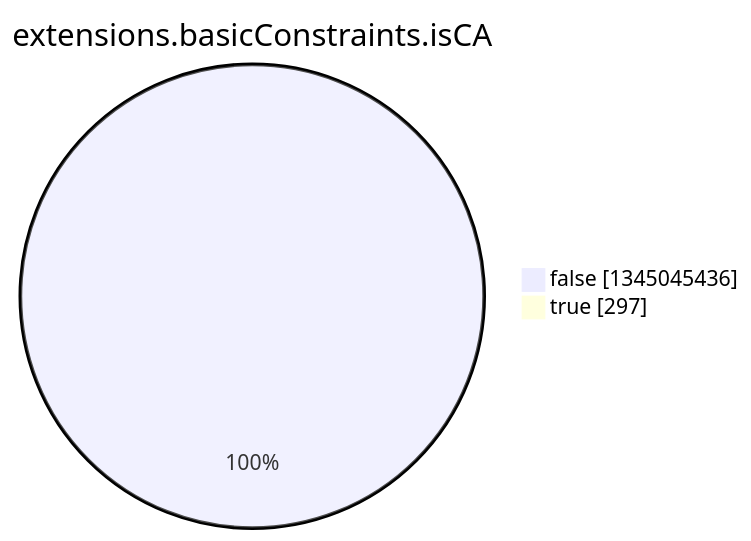
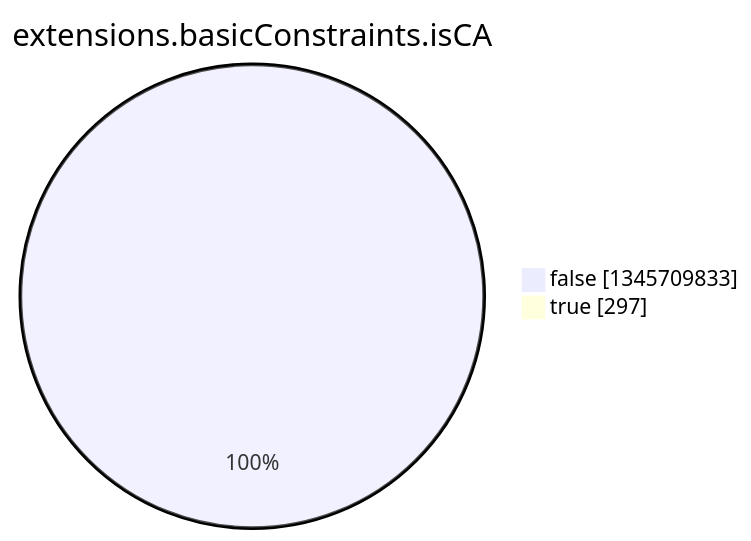
One commit to christiankrug/ctmonitor_visualization changed the eighth of 15 diagrams in argon2022/README.md. Above: the diagram before and after it, drawn with Mermaid. The commit also changed other lines of this file, not shown here.

````diff
--- a/argon2022/README.md
+++ b/argon2022/README.md
@@ -2758,6 +2758,6 @@
 ```mermaid
 pie showData
 title extensions.basicConstraints.isCA
-"false" :1345045436
+"false" :1345709833
 "true" :297
 ```
````
